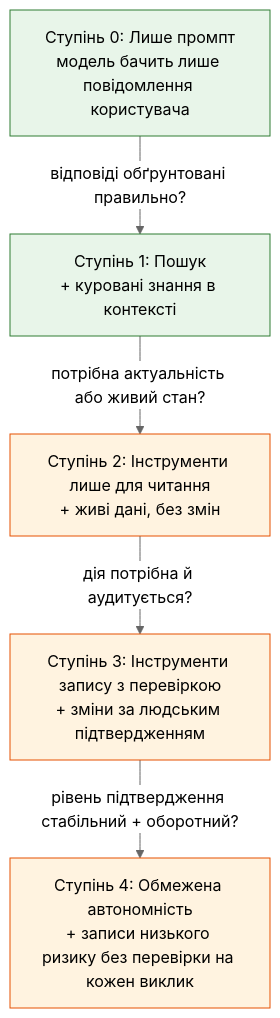
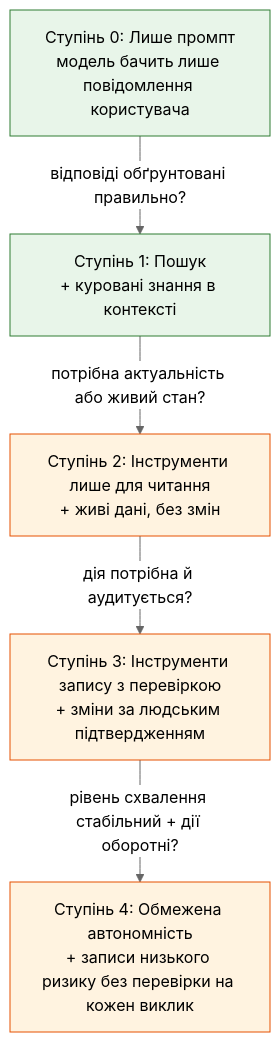
The diagram in src/content/docs/uk/ai/ai-building/module-1.3-tools-retrieval-and-boundaries.md (kube-dojo/kube-dojo), drawn with Mermaid (neutral theme) before and after one commit. The commit also changed other lines of this file and 2 other files, not shown here.

````diff
--- a/src/content/docs/uk/ai/ai-building/module-1.3-tools-retrieval-and-boundaries.md
+++ b/src/content/docs/uk/ai/ai-building/module-1.3-tools-retrieval-and-boundaries.md
@@ -101,18 +101,18 @@
 ```mermaid
 flowchart TD
     L0["Ступінь 0: Лише промпт<br/>модель бачить лише повідомлення користувача"]
     L1["Ступінь 1: Пошук<br/>+ куровані знання в контексті"]
     L2["Ступінь 2: Інструменти лише для читання<br/>+ живі дані, без змін"]
     L3["Ступінь 3: Інструменти запису з перевіркою<br/>+ зміни за людським підтвердженням"]
     L4["Ступінь 4: Обмежена автономність<br/>+ записи низького ризику без перевірки на кожен виклик"]
 
     L0 -->|"відповіді обґрунтовані правильно?"| L1
     L1 -->|"потрібна актуальність або живий стан?"| L2
     L2 -->|"дія потрібна й аудитується?"| L3
-    L3 -->|"рівень підтвердження стабільний + оборотний?"| L4
+    L3 -->|"рівень схвалення стабільний + дії оборотні?"| L4
 
     classDef safe fill:#e8f5e9,stroke:#2e7d32,color:#000
     classDef risky fill:#fff3e0,stroke:#e65100,color:#000
     class L0,L1 safe
     class L2,L3,L4 risky
 ```
````
